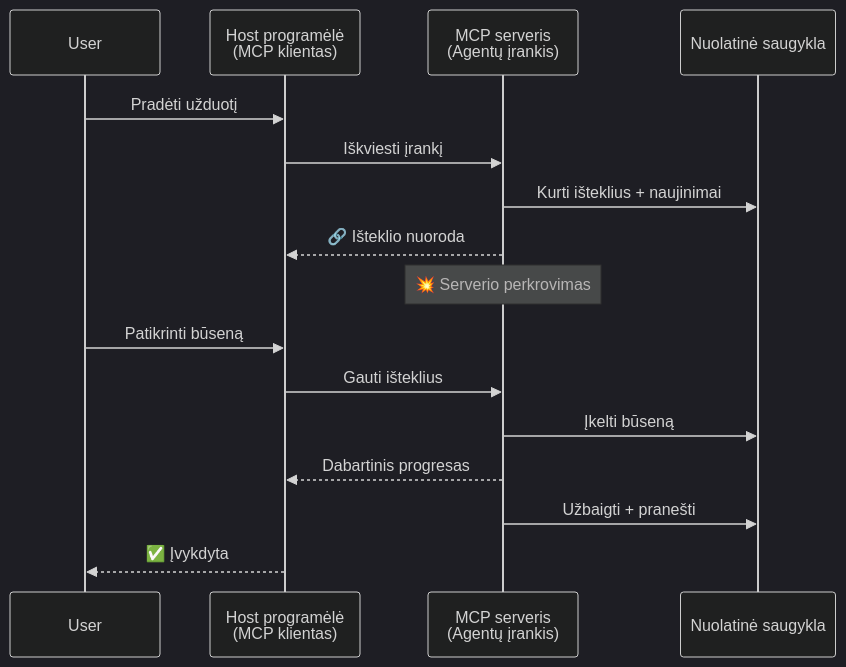
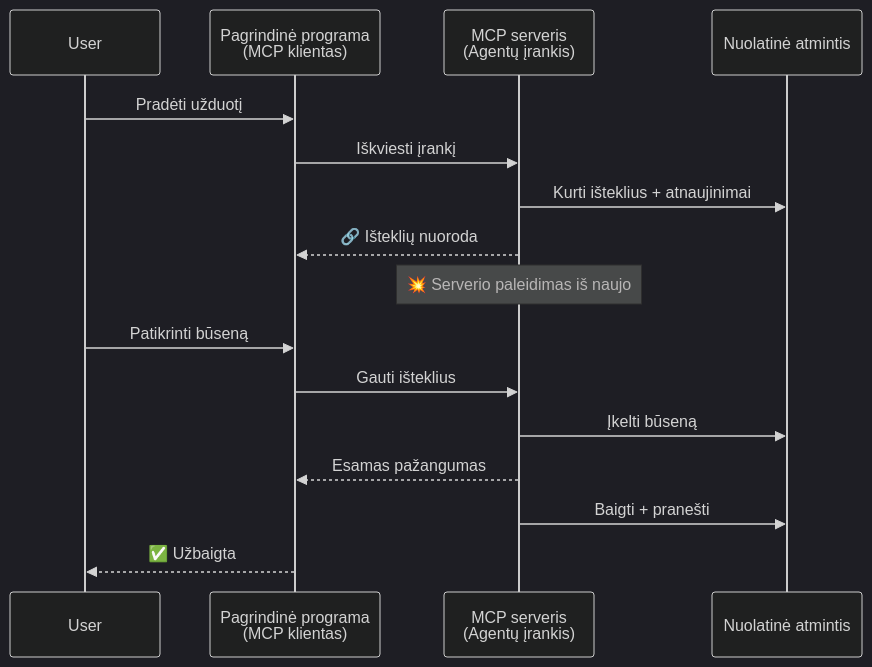
Before and after one commit to gabrielmoreira/agent-skills-mirror: the third of 5 diagrams in mirrors/repos/microsoft@ai-agents-for-beginners/translations/lt/11-agentic-protocols/code_samples/mcp-agents/README.md, drawn with Mermaid (dark theme). The commit also changed other lines of this file and 4262 other files, not shown here.

````diff
--- a/mirrors/repos/microsoft@ai-agents-for-beginners/translations/lt/11-agentic-protocols/code_samples/mcp-agents/README.md
+++ b/mirrors/repos/microsoft@ai-agents-for-beginners/translations/lt/11-agentic-protocols/code_samples/mcp-agents/README.md
@@ -123,21 +123,21 @@
 ```mermaid
 sequenceDiagram
     participant User
-    participant Host as Host programėlė<br/>(MCP klientas)
+    participant Host as Pagrindinė programa<br/>(MCP klientas)
     participant Server as MCP serveris<br/>(Agentų įrankis)
-    participant DB as Nuolatinė saugykla
+    participant DB as Nuolatinė atmintis
 
     User->>Host: Pradėti užduotį
     Host->>Server: Iškviesti įrankį
-    Server->>DB: Kurti išteklius + naujinimai
-    Server-->>Host: 🔗 Išteklio nuoroda
+    Server->>DB: Kurti išteklius + atnaujinimai
+    Server-->>Host: 🔗 Išteklių nuoroda
 
-    Note over Server: 💥 Serverio perkrovimas
+    Note over Server: 💥 Serverio paleidimas iš naujo
 
     User->>Host: Patikrinti būseną
     Host->>Server: Gauti išteklius
     Server->>DB: Įkelti būseną
-    Server-->>Host: Dabartinis progresas
-    Server->>DB: Užbaigti + pranešti
-    Host-->>User: ✅ Įvykdyta
+    Server-->>Host: Esamas pažangumas
+    Server->>DB: Baigti + pranešti
+    Host-->>User: ✅ Užbaigta
 ```
````
